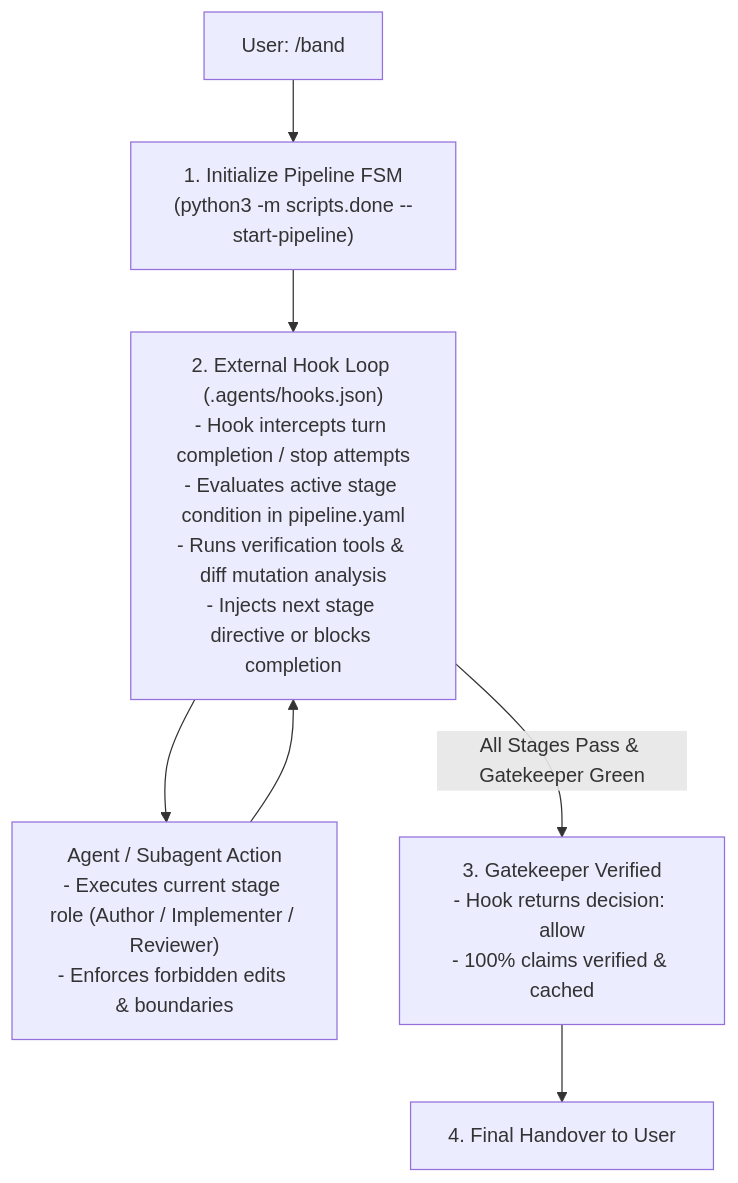
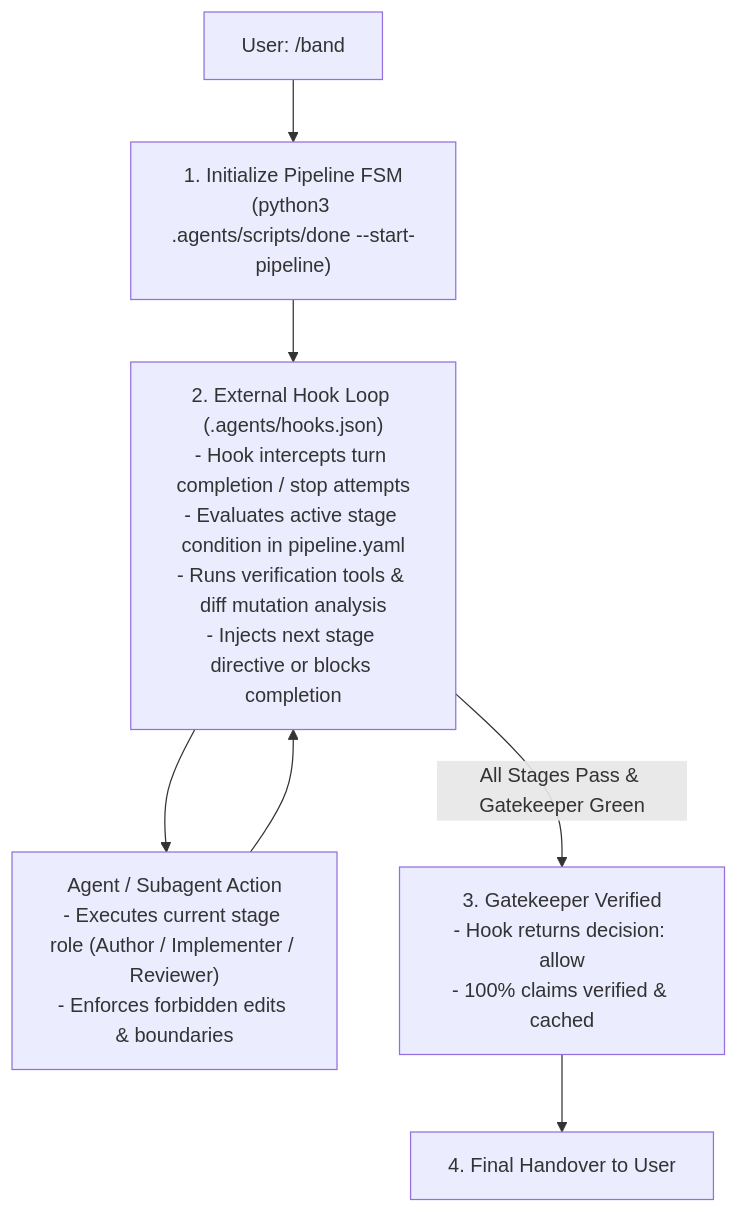
The diagram in .agents/skills/band/SKILL.md (jiva-studio/vidya), drawn with Mermaid before and after one commit. The commit also changed other lines of this file and 30 other files, not shown here.

Commit message:
refactor(agent): move agent harness tools to .agents/scripts/done and update hooks

````diff
--- a/.agents/skills/band/SKILL.md
+++ b/.agents/skills/band/SKILL.md
@@ -10,14 +10,14 @@
 ```mermaid
 flowchart TD
-    Trigger["User: /band"] --> InitFSM["1. Initialize Pipeline FSM\n(python3 -m scripts.done --start-pipeline)"]
+    Trigger["User: /band"] --> InitFSM["1. Initialize Pipeline FSM\n(python3 .agents/scripts/done --start-pipeline)"]
     
     InitFSM --> HookLoop["2. External Hook Loop (.agents/hooks.json)\n- Hook intercepts turn completion / stop attempts\n- Evaluates active stage condition in pipeline.yaml\n- Runs verification tools & diff mutation analysis\n- Injects next stage directive or blocks completion"]
     
     HookLoop --> StageAgent["Agent / Subagent Action\n- Executes current stage role (Author / Implementer / Reviewer)\n- Enforces forbidden edits & boundaries"]
     
     StageAgent --> HookLoop
     
     HookLoop -->|All Stages Pass & Gatekeeper Green| GatePass["3. Gatekeeper Verified\n- Hook returns decision: allow\n- 100% claims verified & cached"]
     
     GatePass --> Handover["4. Final Handover to User"]
 ```
````
